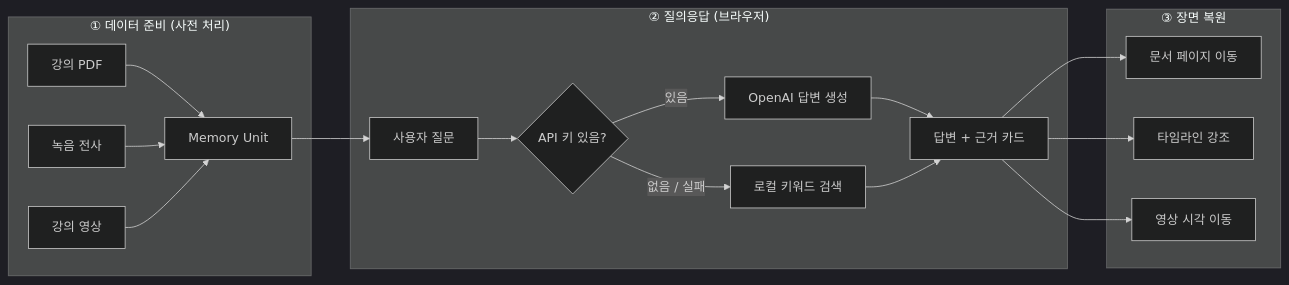
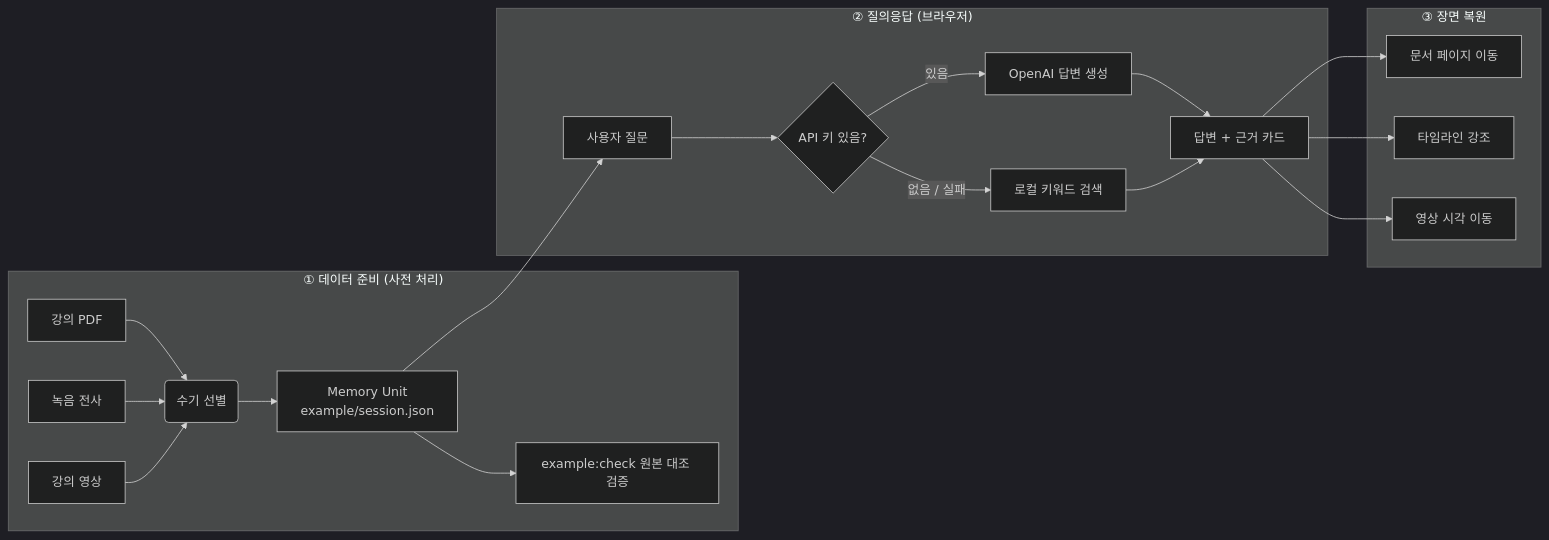
One commit to nxtcloud-edu/2026-khuniv-NIC-team08 changed the diagram in README.md. Above: the diagram before and after it, drawn with Mermaid (dark theme). The commit also changed other lines of this file and 1 other file, not shown here.

````diff
--- a/README.md
+++ b/README.md
@@ -156,24 +162,26 @@
 ```mermaid
 flowchart LR
     subgraph P1["① 데이터 준비 (사전 처리)"]
-        A1[강의 PDF] --> B[Memory Unit]
-        A2[녹음 전사] --> B
-        A3[강의 영상] --> B
+        A1[강의 PDF] --> H(수기 선별)
+        A2[녹음 전사] --> H
+        A3[강의 영상] --> H
+        H --> B["Memory Unit<br/>example/session.json"]
+        B --> C[example:check 원본 대조 검증]
     end
 
     subgraph P2["② 질의응답 (브라우저)"]
         Q[사용자 질문] --> R{"API 키 있음?"}
         R -- "있음" --> G[OpenAI 답변 생성]
         R -- "없음 / 실패" --> L[로컬 키워드 검색]
         G --> E[답변 + 근거 카드]
         L --> E
     end
 
     subgraph P3["③ 장면 복원"]
         E --> V[문서 페이지 이동]
         E --> T[타임라인 강조]
         E --> M[영상 시각 이동]
     end
 
     B --> Q
 ```
````
